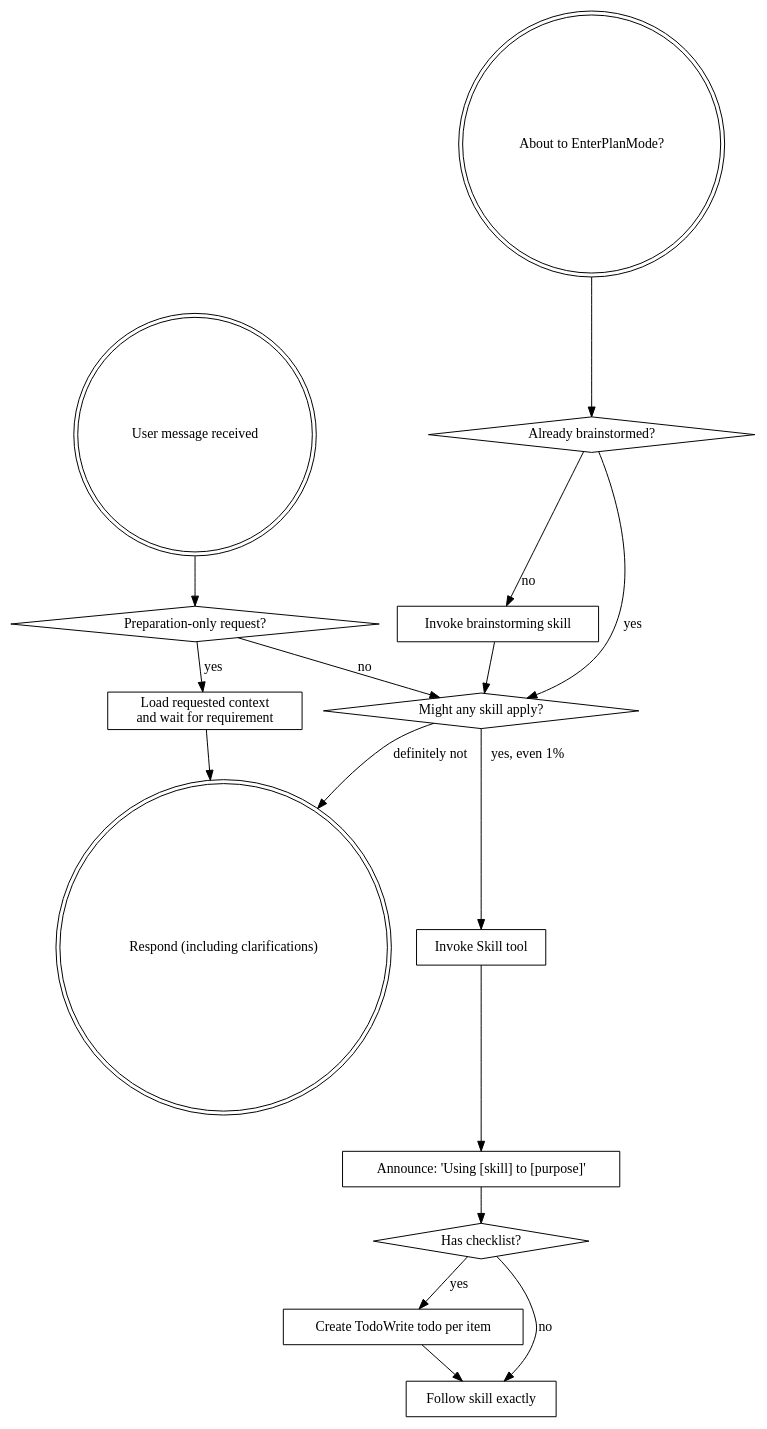
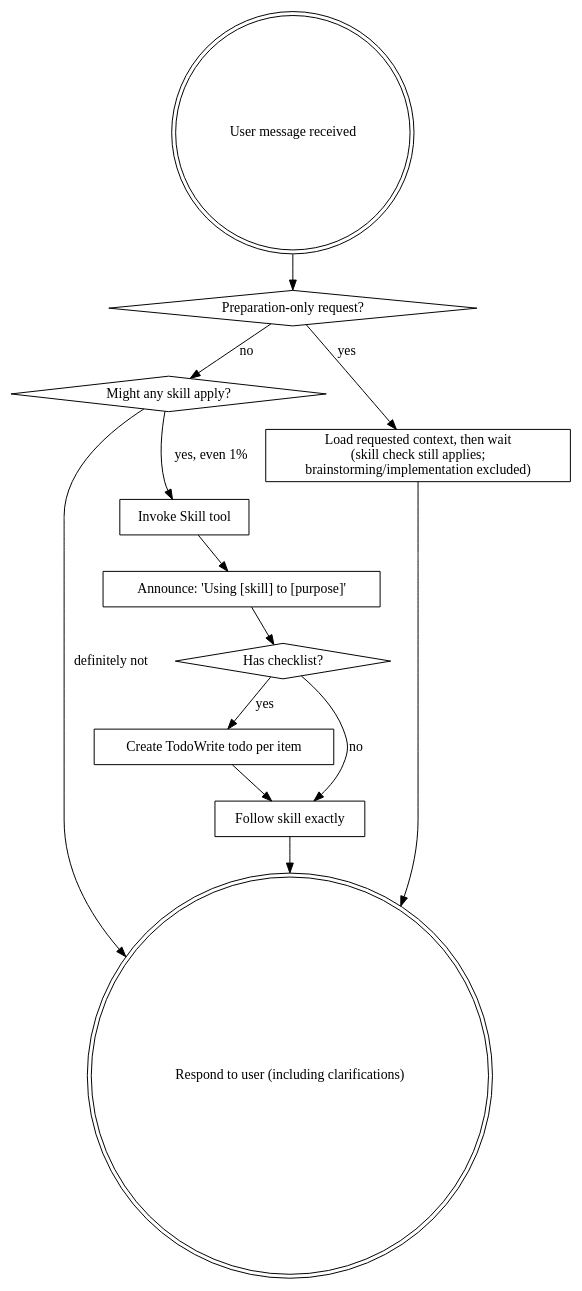
The diagram in skills/using-superpowers/SKILL.md (kirito41dd/k-superpowers), drawn with Graphviz before and after one commit. The commit also changed other lines of this file and 6 other files, not shown here.

First line of the commit message:
Repair skill flowcharts and align intent gate with upstream spirit

````diff
--- a/skills/using-superpowers/SKILL.md
+++ b/skills/using-superpowers/SKILL.md
@@ -58,35 +58,29 @@
 ```dot
 digraph skill_flow {
     "User message received" [shape=doublecircle];
+    "Respond to user (including clarifications)" [shape=doublecircle];
+
     "Preparation-only request?" [shape=diamond];
-    "Load requested context\nand wait for requirement" [shape=box];
-    "About to EnterPlanMode?" [shape=doublecircle];
-    "Already brainstormed?" [shape=diamond];
-    "Invoke brainstorming skill" [shape=box];
     "Might any skill apply?" [shape=diamond];
+    "Has checklist?" [shape=diamond];
+
+    "Load requested context, then wait\n(skill check still applies;\nbrainstorming/implementation excluded)" [shape=box];
     "Invoke Skill tool" [shape=box];
     "Announce: 'Using [skill] to [purpose]'" [shape=box];
-    "Has checklist?" [shape=diamond];
     "Create TodoWrite todo per item" [shape=box];
     "Follow skill exactly" [shape=box];
-    "Respond (including clarifications)" [shape=doublecircle];
 
     "User message received" -> "Preparation-only request?";
-    "Preparation-only request?" -> "Load requested context\nand wait for requirement" [label="yes"];
-    "Load requested context\nand wait for requirement" -> "Respond (including clarifications)";
-    "About to EnterPlanMode?" -> "Already brainstormed?";
-    "Already brainstormed?" -> "Invoke brainstorming skill" [label="no"];
-    "Already brainstormed?" -> "Might any skill apply?" [label="yes"];
-    "Invoke brainstorming skill" -> "Might any skill apply?";
-
+    "Preparation-only request?" -> "Load requested context, then wait\n(skill check still applies;\nbrainstorming/implementation excluded)" [label="yes"];
+    "Load requested context, then wait\n(skill check still applies;\nbrainstorming/implementation excluded)" -> "Respond to user (including clarifications)";
     "Preparation-only request?" -> "Might any skill apply?" [label="no"];
-
     "Might any skill apply?" -> "Invoke Skill tool" [label="yes, even 1%"];
-    "Might any skill apply?" -> "Respond (including clarifications)" [label="definitely not"];
+    "Might any skill apply?" -> "Respond to user (including clarifications)" [label="definitely not"];
     "Invoke Skill tool" -> "Announce: 'Using [skill] to [purpose]'";
     "Announce: 'Using [skill] to [purpose]'" -> "Has checklist?";
     "Has checklist?" -> "Create TodoWrite todo per item" [label="yes"];
     "Has checklist?" -> "Follow skill exactly" [label="no"];
     "Create TodoWrite todo per item" -> "Follow skill exactly";
+    "Follow skill exactly" -> "Respond to user (including clarifications)";
 }
 ```
````
